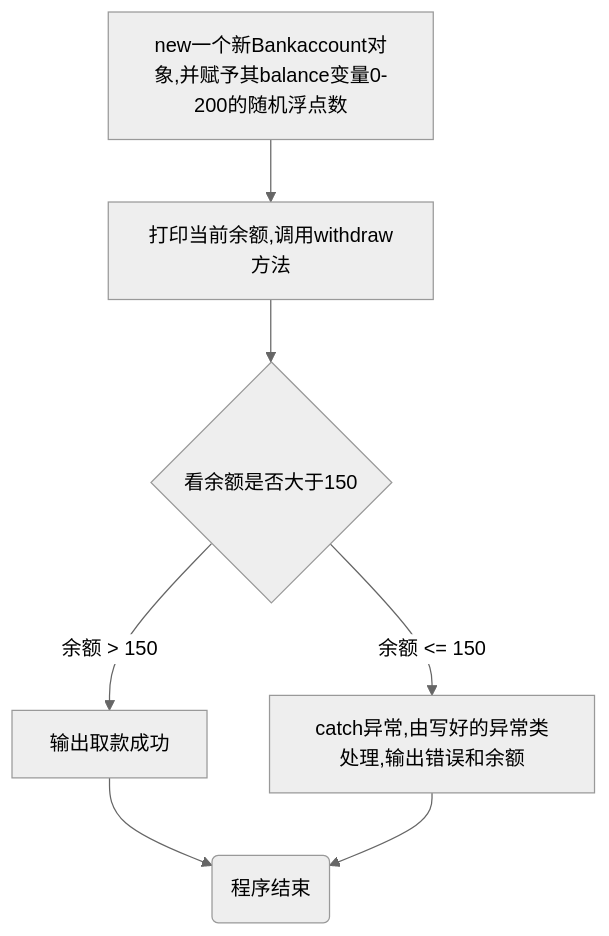
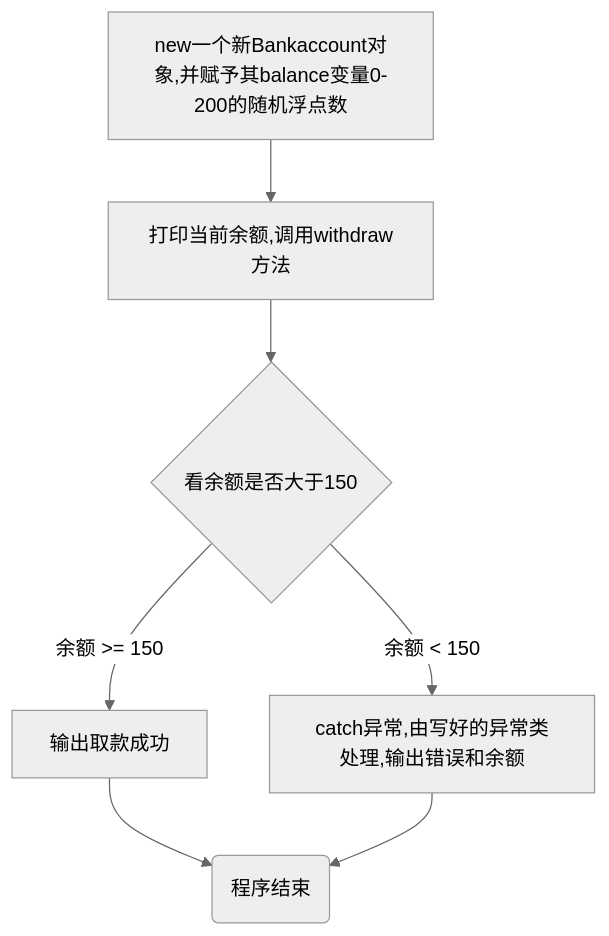
Before and after one commit to re-Starrydure/vlight: the diagram in backend7/src/com/glimmer7/glimmer7.md, drawn with Mermaid (neutral theme).

````diff
--- a/backend7/src/com/glimmer7/glimmer7.md
+++ b/backend7/src/com/glimmer7/glimmer7.md
@@ -41,9 +41,9 @@
 ```mermaid
 graph TD
 A[new一个新Bankaccount对象,并赋予其balance变量0-200的随机浮点数] --> B[打印当前余额,调用withdraw方法]
     B --> C{看余额是否大于150}
-    C --> |余额 > 150| D[输出取款成功]
-    C --> |余额 <= 150| E[catch异常,由写好的异常类处理,输出错误和余额]
+    C --> |余额 >= 150| D[输出取款成功]
+    C --> |余额 < 150| E[catch异常,由写好的异常类处理,输出错误和余额]
  	D --> F(程序结束)
  	E --> F(程序结束)
 ```
````
